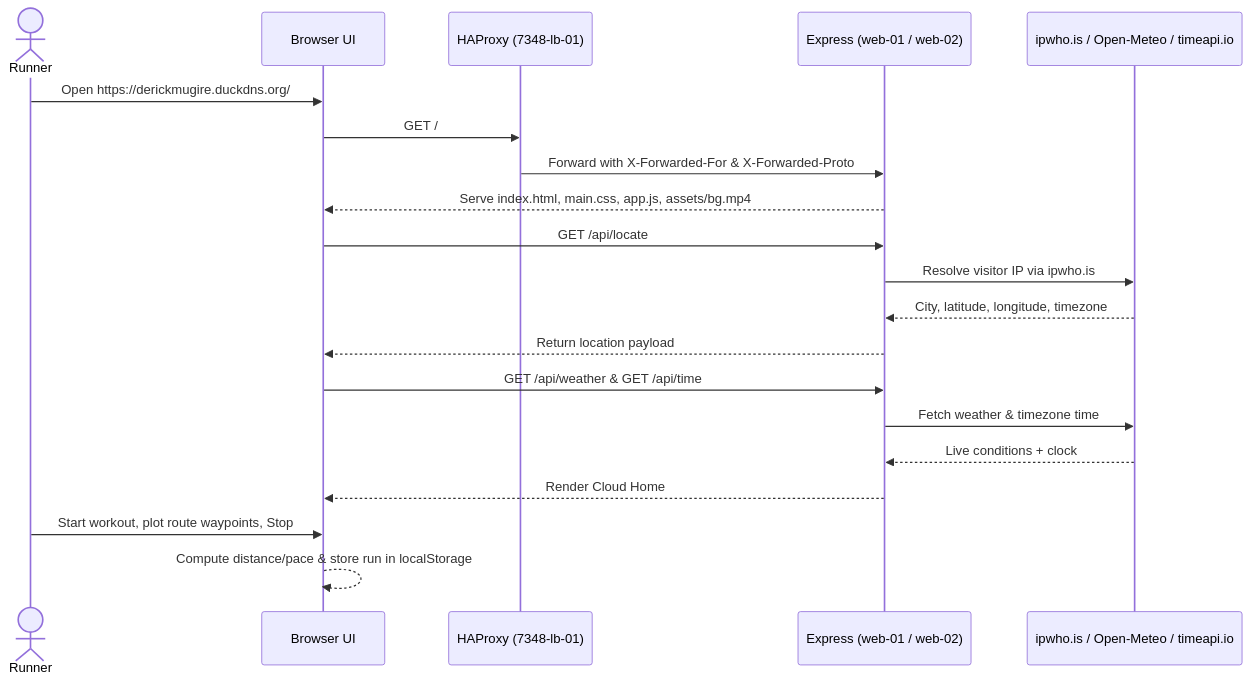
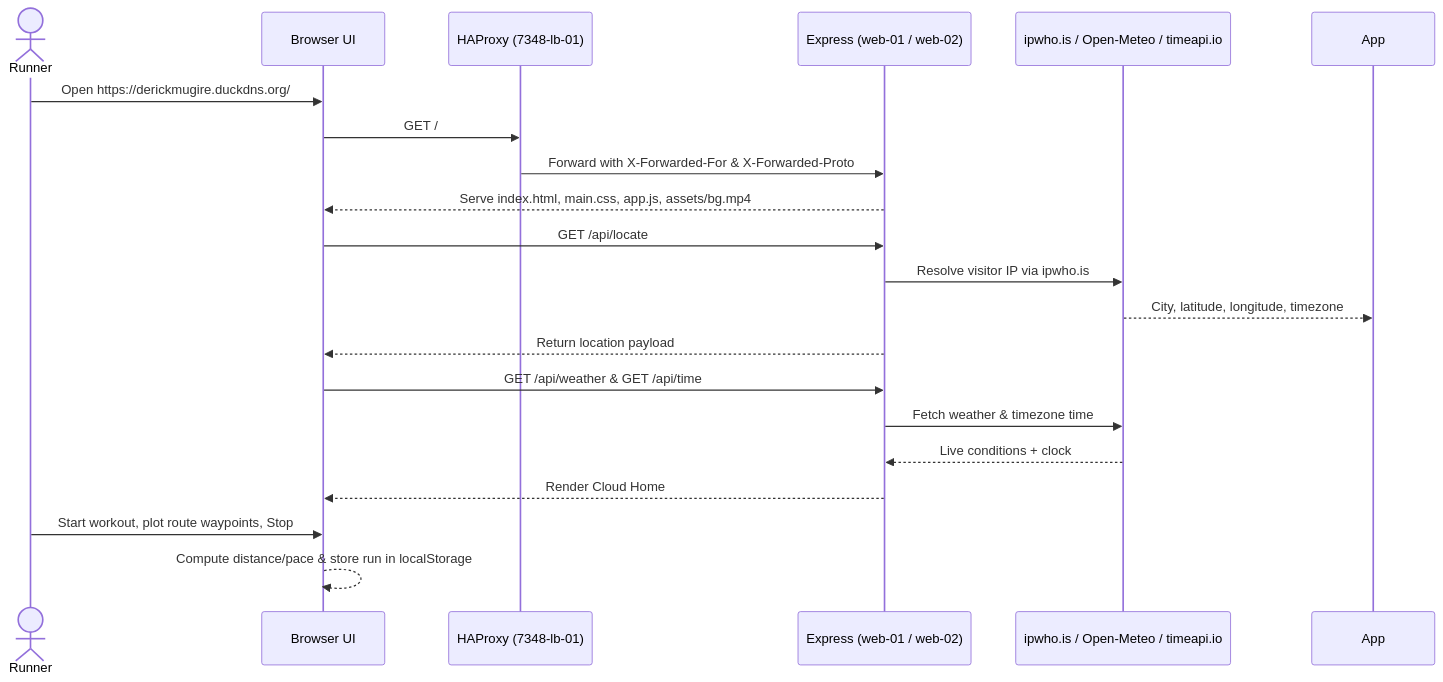
The second of 2 diagrams in README.md (DerrickMugire/Stride), drawn with Mermaid before and after one commit. The commit also changed other lines of this file, not shown here.

Commit message:
docs: add full server deployment steps, official API doc links, and credits

````diff
--- a/README.md
+++ b/README.md
@@ -42,26 +42,26 @@
 ```mermaid
 sequenceDiagram
     actor Runner
     participant UI as Browser UI
     participant LB as HAProxy (7348-lb-01)
     participant API as Express (web-01 / web-02)
     participant Upstream as ipwho.is / Open-Meteo / timeapi.io
 
     Runner->>UI: Open https://derickmugire.duckdns.org/
     UI->>LB: GET /
     LB->>API: Forward with X-Forwarded-For & X-Forwarded-Proto
     API-->>UI: Serve index.html, main.css, app.js, assets/bg.mp4
 
     UI->>API: GET /api/locate
     API->>Upstream: Resolve visitor IP via ipwho.is
-    Upstream-->>API: City, latitude, longitude, timezone
+    Upstream-->>App: City, latitude, longitude, timezone
     API-->>UI: Return location payload
 
     UI->>API: GET /api/weather & GET /api/time
     API->>Upstream: Fetch weather & timezone time
     Upstream-->>API: Live conditions + clock
     API-->>UI: Render Cloud Home
 
     Runner->>UI: Start workout, plot route waypoints, Stop
     UI-->>UI: Compute distance/pace & store run in localStorage
 ```
````
